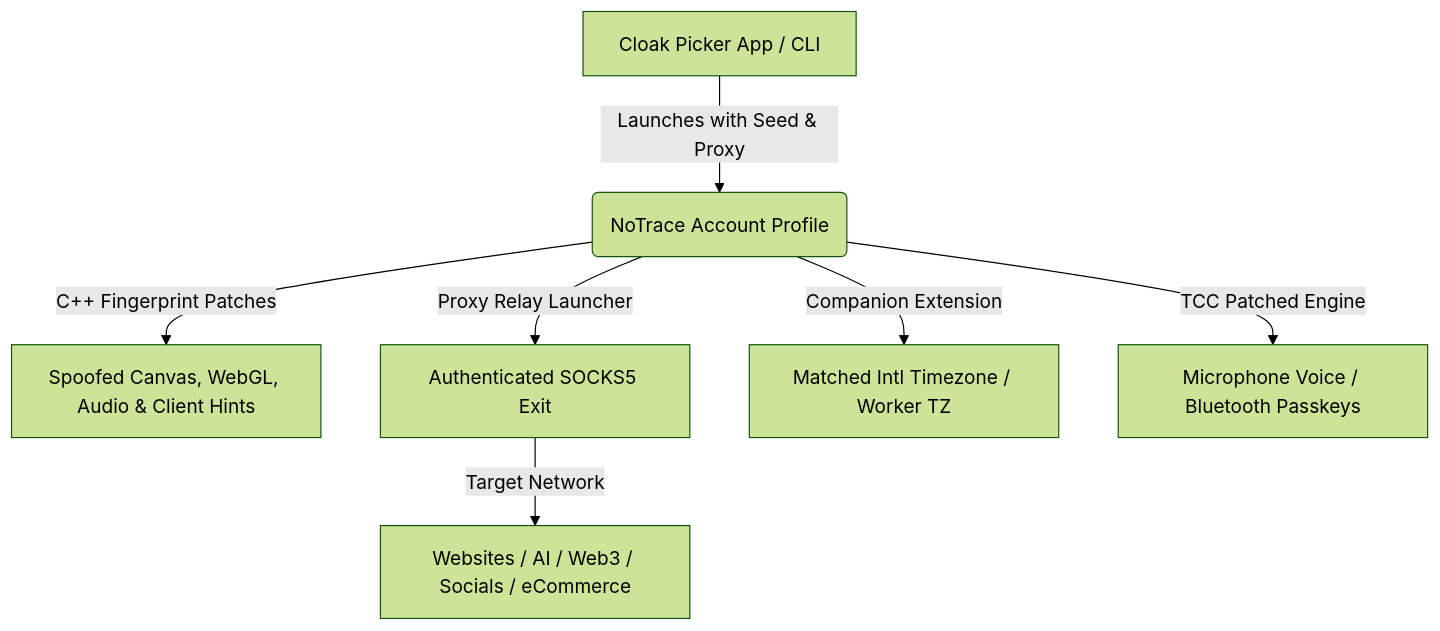
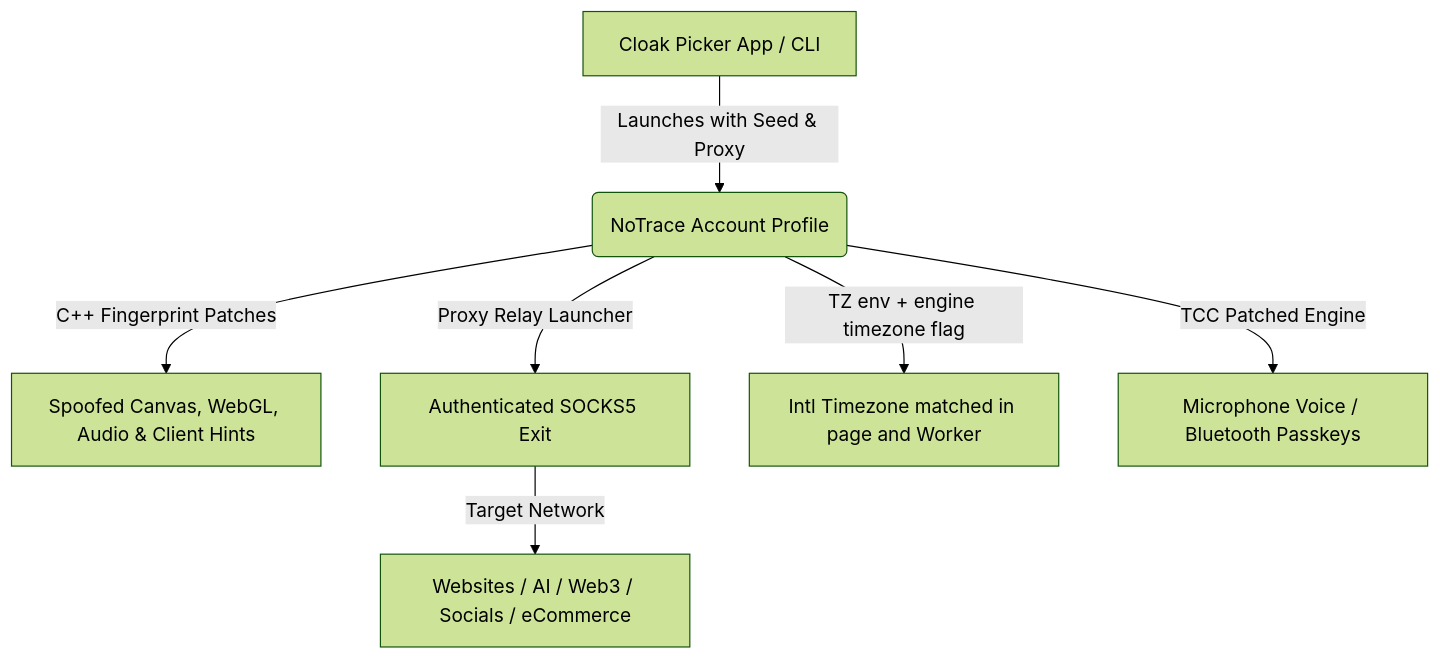
Before and after one commit to GravityPoet/notrace-browser: the diagram in README.md, drawn with Mermaid (forest theme). The commit also changed 4 other files, not shown here.

First line of the commit message:
fix: stop the companion from fighting the engine over the timezone

````diff
--- a/README.md
+++ b/README.md
@@ -20,9 +20,9 @@
 ```mermaid
 graph TD
     A[Cloak Picker App / CLI] -->|Launches with Seed & Proxy| B(NoTrace Account Profile)
     B -->|C++ Fingerprint Patches| C[Spoofed Canvas, WebGL, Audio & Client Hints]
     B -->|Proxy Relay Launcher| D[Authenticated SOCKS5 Exit]
-    B -->|Companion Extension| E[Matched Intl Timezone / Worker TZ]
+    B -->|TZ env + engine timezone flag| E[Intl Timezone matched in page and Worker]
     B -->|TCC Patched Engine| F[Microphone Voice / Bluetooth Passkeys]
     D -->|Target Network| G[Websites / AI / Web3 / Socials / eCommerce]
 ```
````
